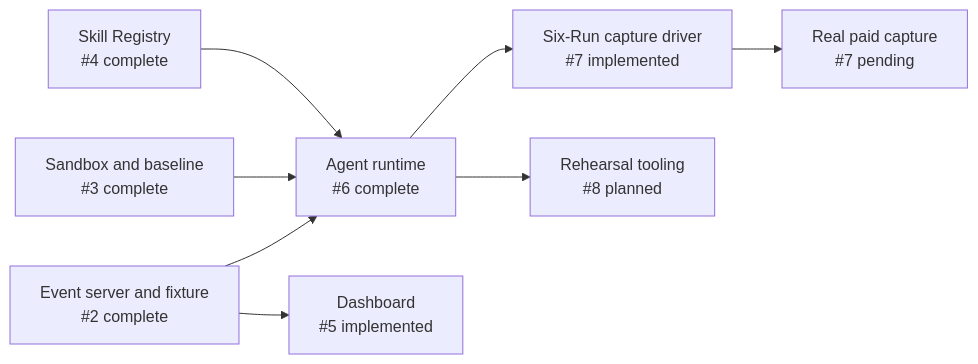
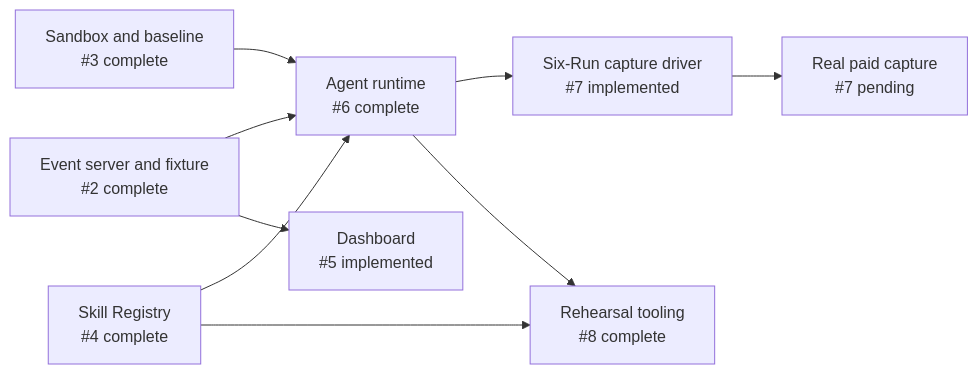
One commit to arnv15/Kintsugi changed the third of 3 diagrams in docs/architecture/README.md. Above: the diagram before and after it, drawn with Mermaid. The commit also changed other lines of this file and 19 other files, not shown here.

````diff
--- a/docs/architecture/README.md
+++ b/docs/architecture/README.md
@@ -180,10 +184,11 @@
 ```mermaid
 flowchart LR
   event["Event server and fixture<br/>#2 complete"] --> runtime["Agent runtime<br/>#6 complete"]
   sandbox["Sandbox and baseline<br/>#3 complete"] --> runtime
   registry["Skill Registry<br/>#4 complete"] --> runtime
   event --> dashboard["Dashboard<br/>#5 implemented"]
   runtime --> capture["Six-Run capture driver<br/>#7 implemented"]
   capture --> evidence["Real paid capture<br/>#7 pending"]
-  runtime --> rehearsal["Rehearsal tooling<br/>#8 planned"]
+  runtime --> rehearsal["Rehearsal tooling<br/>#8 complete"]
+  registry --> rehearsal
 ```
````
